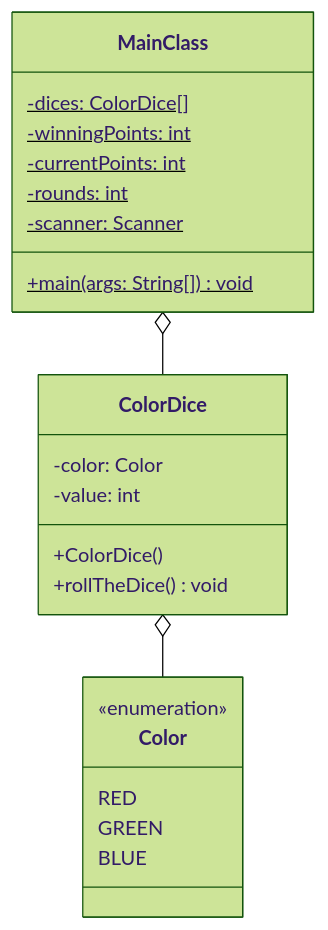
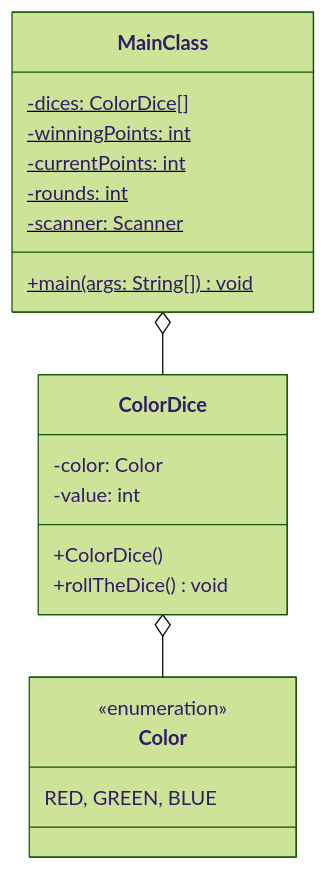
Before and after one commit to jappuccini/java-docs: the diagram in docs/exam-exercises/exam-exercises-java1/dice-games/dice-game-14.md, drawn with Mermaid (forest theme). The commit also changed 6 other files, not shown here.

````diff
--- a/docs/exam-exercises/exam-exercises-java1/dice-games/dice-game-14.md
+++ b/docs/exam-exercises/exam-exercises-java1/dice-games/dice-game-14.md
@@ -12,25 +12,23 @@
 ```mermaid
 classDiagram
    MainClass o-- ColorDice
    ColorDice o-- Color
    class MainClass {
       -dices: ColorDice[]$
       -winningPoints: int$
       -currentPoints: int$
       -rounds: int$
       -scanner: Scanner$
       +main(args: String[]) void$
    }
    class ColorDice {
       -color: Color
       -value: int
       +ColorDice()
       +rollTheDice() void
    }
    class Color {
       <<enumeration>>
-      RED
-      GREEN
-      BLUE
+      RED, GREEN, BLUE
    }
 ```
````
